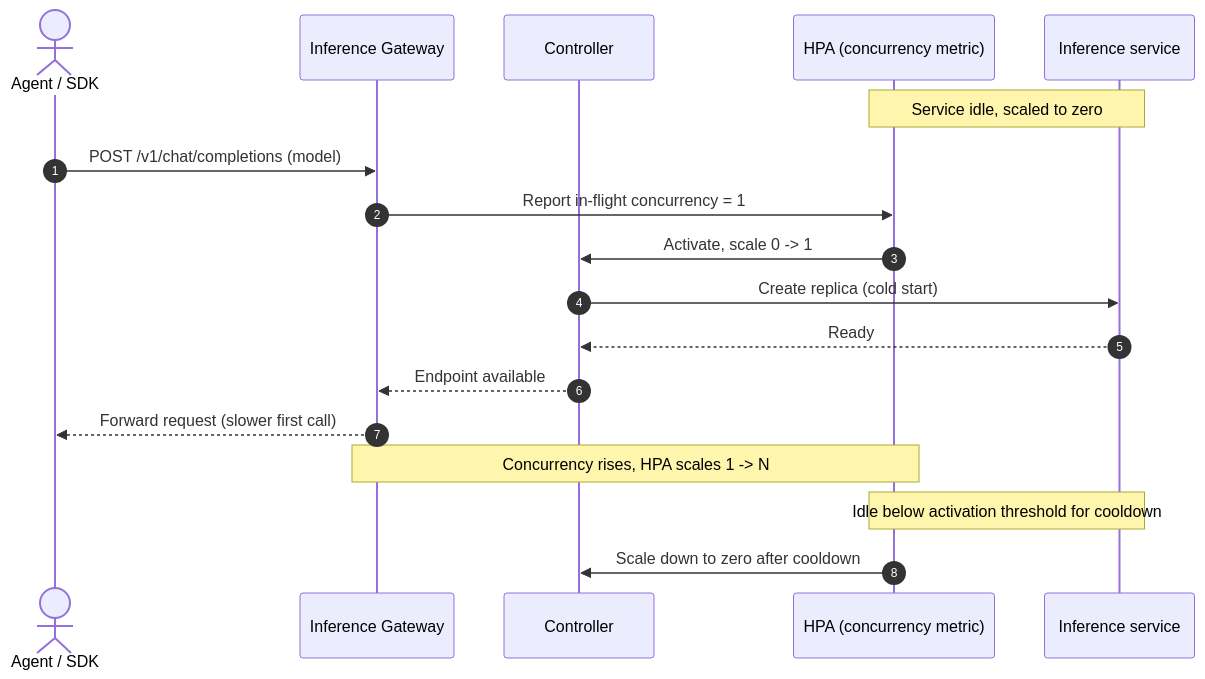
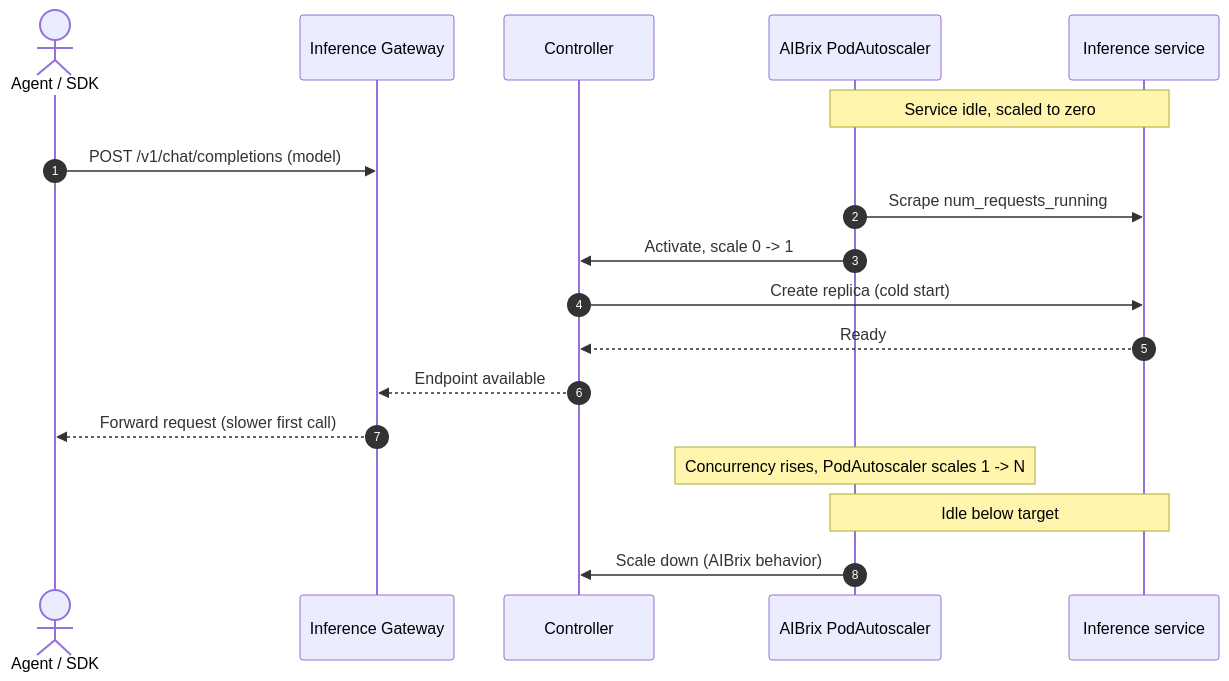
Before and after one commit to go-taas/go-taas: the third of 4 diagrams in site/docs/design/inference-autoscaling.md, drawn with Mermaid. The commit also changed other lines of this file and 41 other files, not shown here.

````diff
--- a/site/docs/design/inference-autoscaling.md
+++ b/site/docs/design/inference-autoscaling.md
@@ -290,21 +290,21 @@
 ```mermaid
 sequenceDiagram
     autonumber
     actor Agent as Agent / SDK
     participant DGW as Inference Gateway
     participant CTRL as Controller
-    participant HPA as HPA (concurrency metric)
+    participant PA as AIBrix PodAutoscaler
     participant SVC as Inference service
 
-    Note over HPA,SVC: Service idle, scaled to zero
+    Note over PA,SVC: Service idle, scaled to zero
     Agent->>DGW: POST /v1/chat/completions (model)
-    DGW->>HPA: Report in-flight concurrency = 1
-    HPA->>CTRL: Activate, scale 0 -> 1
+    PA->>SVC: Scrape num_requests_running
+    PA->>CTRL: Activate, scale 0 -> 1
     CTRL->>SVC: Create replica (cold start)
     SVC-->>CTRL: Ready
     CTRL-->>DGW: Endpoint available
     DGW-->>Agent: Forward request (slower first call)
-    Note over DGW,HPA: Concurrency rises, HPA scales 1 -> N
-    Note over HPA,SVC: Idle below activation threshold for cooldown
-    HPA->>CTRL: Scale down to zero after cooldown
+    Note over PA: Concurrency rises, PodAutoscaler scales 1 -> N
+    Note over PA,SVC: Idle below target
+    PA->>CTRL: Scale down (AIBrix behavior)
 ```
````
